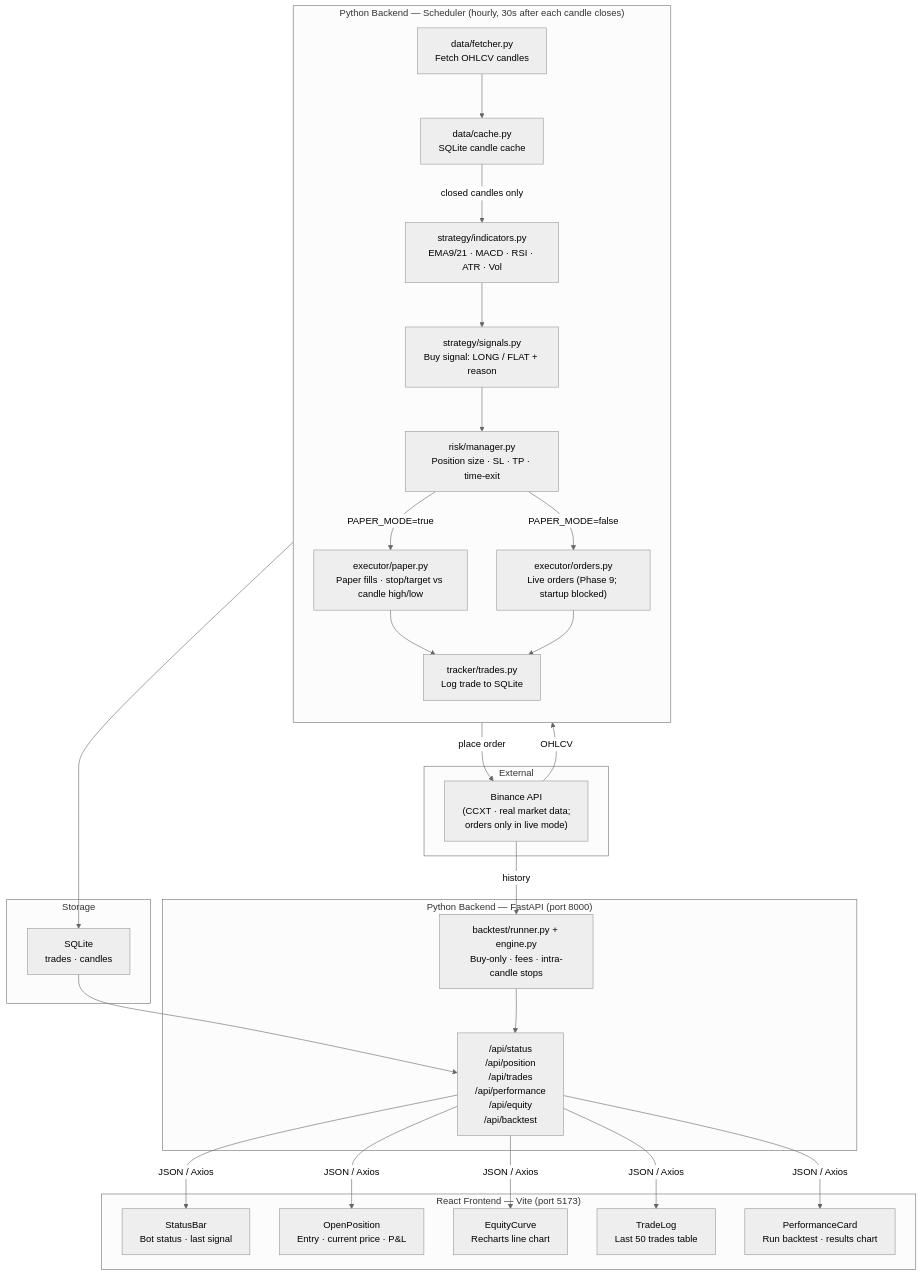
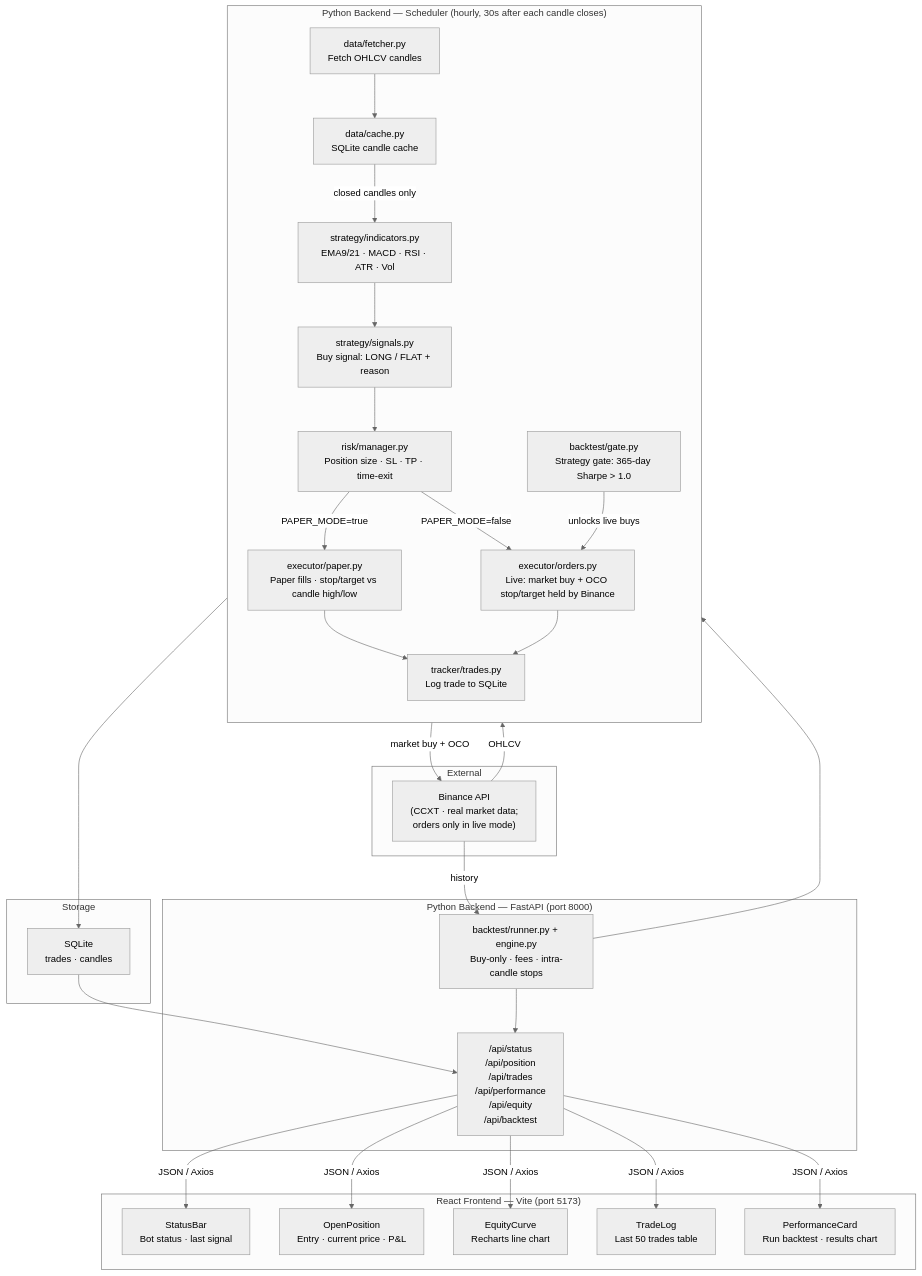
Before and after one commit to joshdevusecase-hue/TradBot: the diagram in PLAN.md, drawn with Mermaid (neutral theme). The commit also changed other lines of this file and 20 other files, not shown here.

First line of the commit message:
feat: live trading on Binance spot, capped and locked behind the strategy gate

````diff
--- a/PLAN.md
+++ b/PLAN.md
@@ -22,55 +22,58 @@
 ```mermaid
 flowchart TD
     subgraph External["External"]
         BINANCE["Binance API\n(CCXT · real market data;\norders only in live mode)"]
     end
 
     subgraph Scheduler["Python Backend — Scheduler (hourly, 30s after each candle closes)"]
         direction TB
         FETCH["data/fetcher.py\nFetch OHLCV candles"]
         CACHE["data/cache.py\nSQLite candle cache"]
         IND["strategy/indicators.py\nEMA9/21 · MACD · RSI · ATR · Vol"]
         SIG["strategy/signals.py\nBuy signal: LONG / FLAT + reason"]
         RISK["risk/manager.py\nPosition size · SL · TP · time-exit"]
         EXEC_P["executor/paper.py\nPaper fills · stop/target vs candle high/low"]
-        EXEC_L["executor/orders.py\nLive orders (Phase 9; startup blocked)"]
+        EXEC_L["executor/orders.py\nLive: market buy + OCO stop/target held by Binance"]
+        GATE["backtest/gate.py\nStrategy gate: 365-day Sharpe > 1.0"]
         TRACK["tracker/trades.py\nLog trade to SQLite"]
     end
 
     subgraph Storage["Storage"]
         DB["SQLite\ntrades · candles"]
     end
 
     subgraph API["Python Backend — FastAPI (port 8000)"]
         RT["/api/status\n/api/position\n/api/trades\n/api/performance\n/api/equity\n/api/backtest"]
         BT["backtest/runner.py + engine.py\nBuy-only · fees · intra-candle stops"]
     end
 
     subgraph Frontend["React Frontend — Vite (port 5173)"]
         STATUS["StatusBar\nBot status · last signal"]
         POS["OpenPosition\nEntry · current price · P&L"]
         CHART["EquityCurve\nRecharts line chart"]
         LOG["TradeLog\nLast 50 trades table"]
         PERF["PerformanceCard\nRun backtest · results chart"]
     end
 
     BINANCE -->|OHLCV| FETCH
     FETCH --> CACHE
     CACHE -->|closed candles only| IND
     IND --> SIG
     SIG --> RISK
     RISK -->|PAPER_MODE=true| EXEC_P
     RISK -->|PAPER_MODE=false| EXEC_L
-    EXEC_L -->|place order| BINANCE
+    GATE -->|unlocks live buys| EXEC_L
+    EXEC_L -->|market buy + OCO| BINANCE
     EXEC_P --> TRACK
     EXEC_L --> TRACK
     TRACK --> DB
     DB --> RT
     RT -->|JSON / Axios| STATUS
     RT -->|JSON / Axios| POS
     RT -->|JSON / Axios| CHART
     RT -->|JSON / Axios| LOG
     BINANCE -->|history| BT
     BT --> RT
+    BT --> GATE
     RT -->|JSON / Axios| PERF
 ```
````
